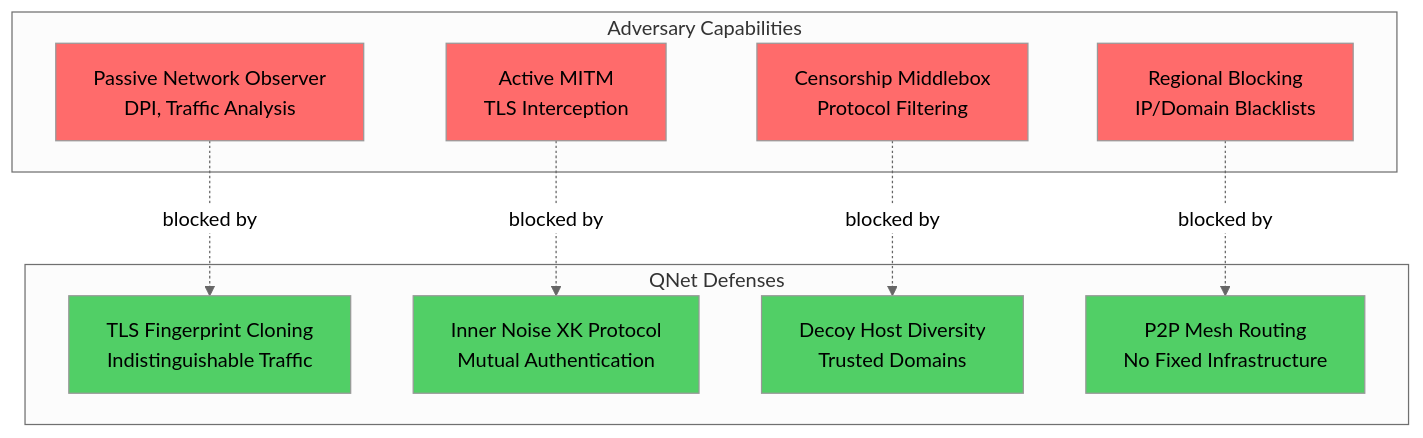
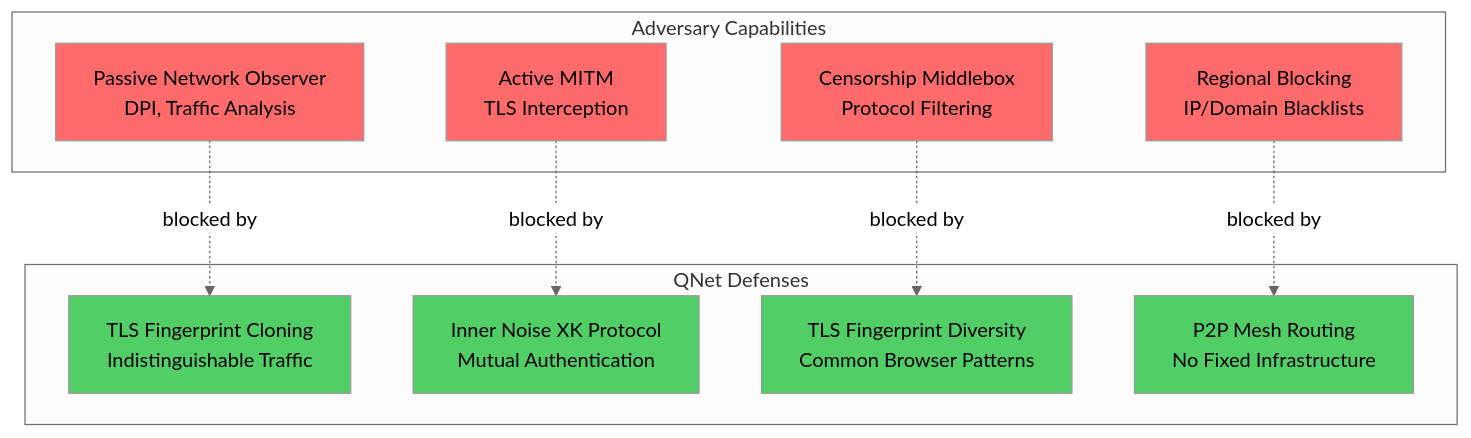
Before and after one commit to QW1CKS/qnet: diagram 11 of 13 in README.md, drawn with Mermaid (neutral theme). The commit also changed other lines of this file and 29 other files, not shown here.

````diff
--- a/README.md
+++ b/README.md
@@ -862,30 +862,30 @@
 ```mermaid
 graph TB
     subgraph "Adversary Capabilities"
         A1[Passive Network Observer<br/>DPI, Traffic Analysis]
         A2[Active MITM<br/>TLS Interception]
         A3[Censorship Middlebox<br/>Protocol Filtering]
         A4[Regional Blocking<br/>IP/Domain Blacklists]
     end
     
     subgraph "QNet Defenses"
         D1[TLS Fingerprint Cloning<br/>Indistinguishable Traffic]
         D2[Inner Noise XK Protocol<br/>Mutual Authentication]
-        D3[Decoy Host Diversity<br/>Trusted Domains]
+        D3[TLS Fingerprint Diversity<br/>Common Browser Patterns]
         D4[P2P Mesh Routing<br/>No Fixed Infrastructure]
     end
     
     A1 -.blocked by.-> D1
     A2 -.blocked by.-> D2
     A3 -.blocked by.-> D3
     A4 -.blocked by.-> D4
     
     style A1 fill:#ff6b6b
     style A2 fill:#ff6b6b
     style A3 fill:#ff6b6b
     style A4 fill:#ff6b6b
     style D1 fill:#51cf66
     style D2 fill:#51cf66
     style D3 fill:#51cf66
     style D4 fill:#51cf66
 ```
````
